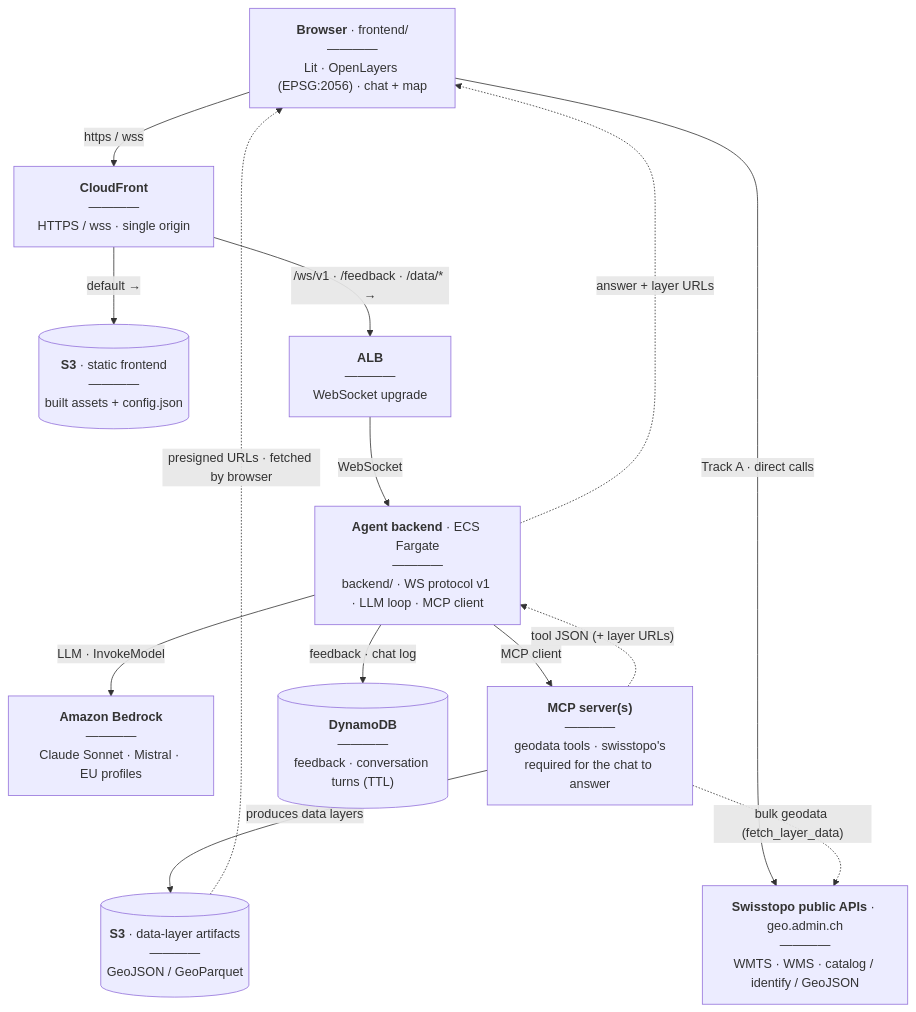
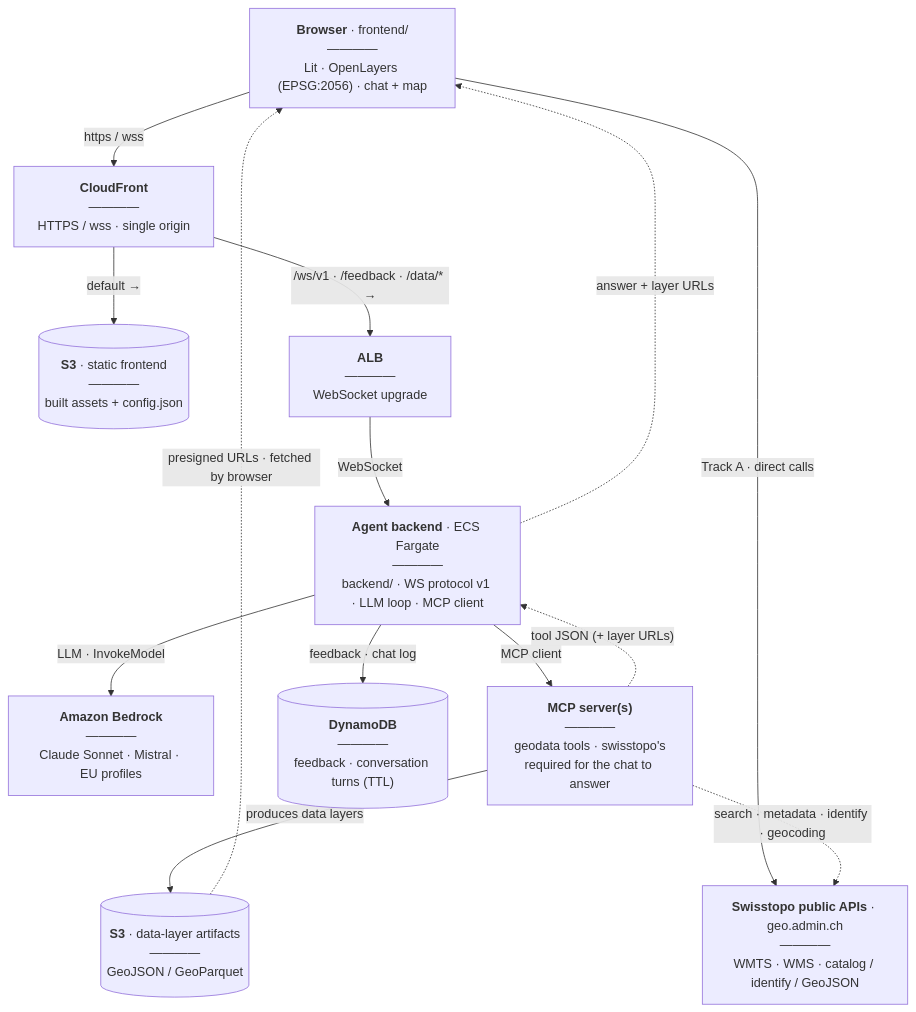
The diagram in docs/architecture.md (swisstopo/sgs-llm), drawn with Mermaid before and after one commit. The commit also changed other lines of this file and 17 other files, not shown here.

````diff
--- a/docs/architecture.md
+++ b/docs/architecture.md
@@ -19,50 +19,50 @@
 ```mermaid
 flowchart TB
     browser["`**Browser** · frontend/
 ————
 Lit · OpenLayers (EPSG:2056) · chat + map`"]
 
     topo["`**Swisstopo public APIs** · geo.admin.ch
 ————
 WMTS · WMS · catalog / identify / GeoJSON`"]
 
     cf["`**CloudFront**
 ————
 HTTPS / wss · single origin`"]
     s3f[("`**S3** · static frontend
 ————
 built assets + config.json`")]
     alb["`**ALB**
 ————
 WebSocket upgrade`"]
     orch["`**Agent backend** · ECS Fargate
 ————
 backend/ · WS protocol v1 · LLM loop · MCP client`"]
     bedrock["`**Amazon Bedrock**
 ————
 Claude Sonnet · Mistral · EU profiles`"]
     mcp["`**MCP server(s)**
 ————
 geodata tools · swisstopo's
 required for the chat to answer`"]
     s3d[("`**S3** · data-layer artifacts
 ————
 GeoJSON / GeoParquet`")]
     ddb[("`**DynamoDB**
 ————
 feedback · conversation turns (TTL)`")]
 
     browser -- "https / wss" --> cf
     cf -- "default →" --> s3f
     cf -- "/ws/v1 · /feedback · /data/* →" --> alb
     alb -- "WebSocket" --> orch
     browser -- "Track A · direct calls" --> topo
     orch -- "LLM · InvokeModel" --> bedrock
     orch -- "MCP client" --> mcp
     orch -- "feedback · chat log" --> ddb
     mcp -- "produces data layers" --> s3d
     mcp -. "tool JSON (+ layer URLs)" .-> orch
     orch -. "answer + layer URLs" .-> browser
     s3d -. "presigned URLs · fetched by browser" .-> browser
-    mcp -. "bulk geodata (fetch_layer_data)" .-> topo
+    mcp -. "search · metadata · identify · geocoding" .-> topo
 ```
````
